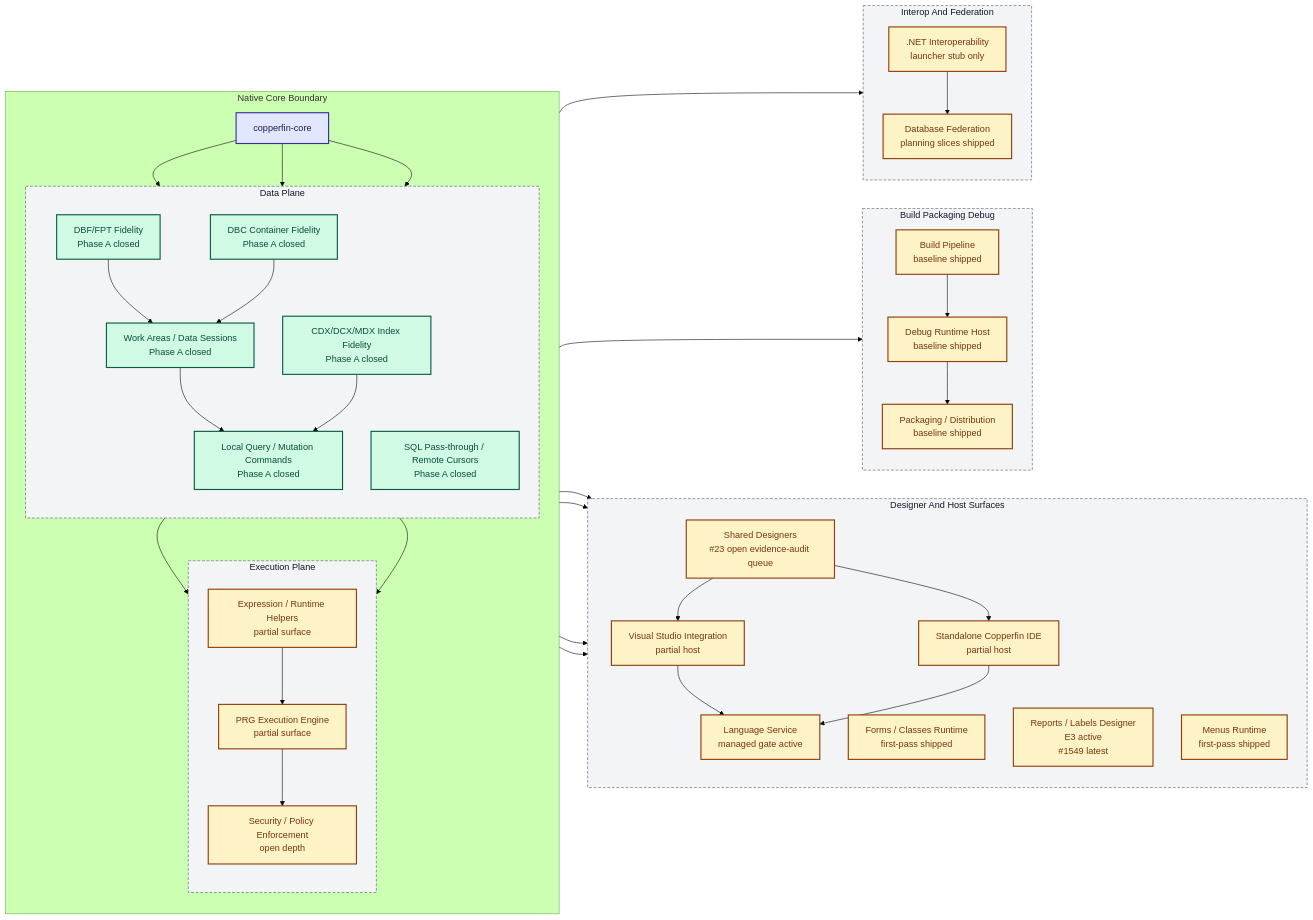
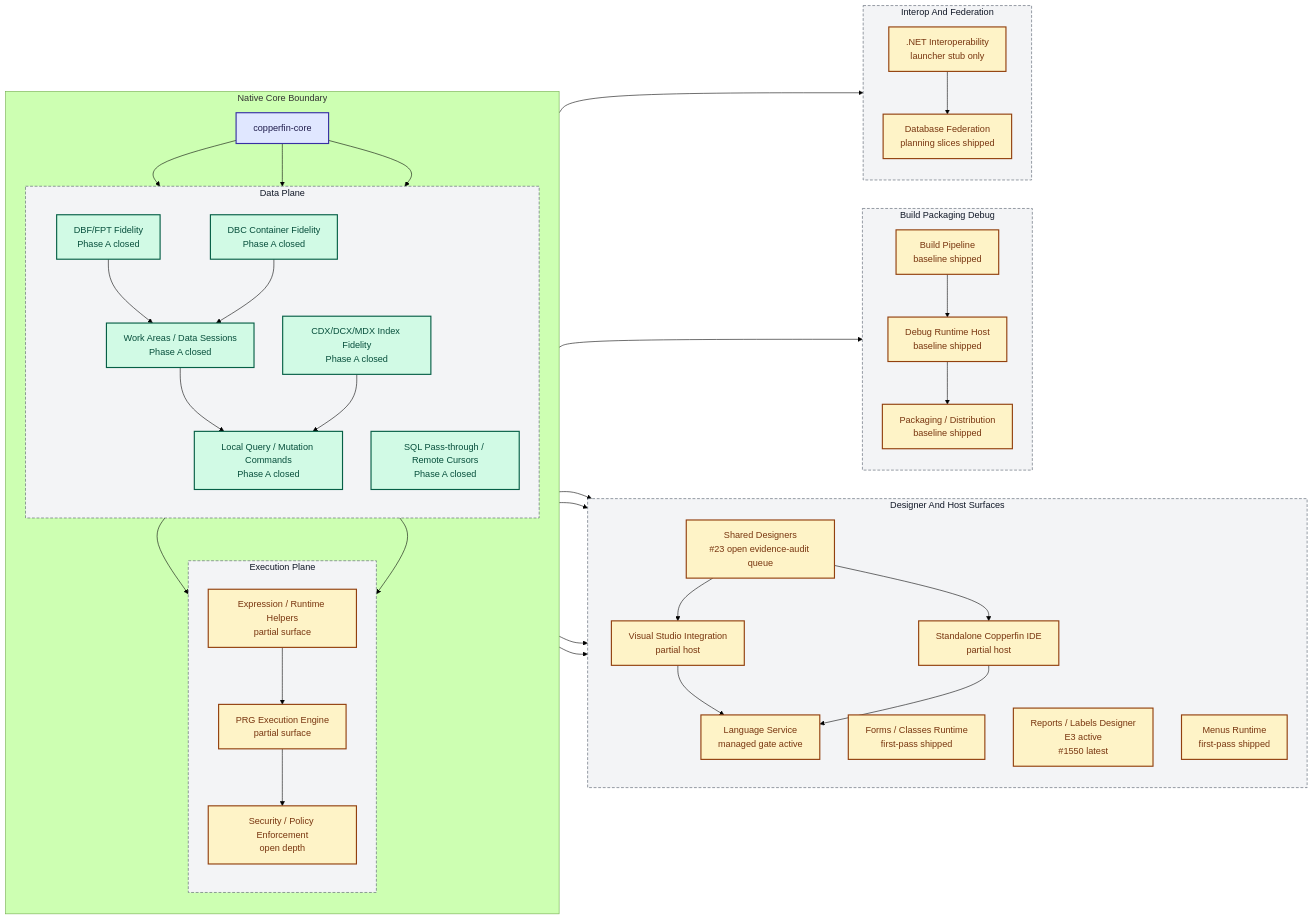
The diagram in docs/02-architecture.md (rhamenator/Project-Copperfin), drawn with Mermaid (forest theme) before and after one commit. The commit also changed 6 other files, not shown here.

```diff
--- a/docs/02-architecture.md
+++ b/docs/02-architecture.md
@@ -36,7 +36,7 @@
         direction TB
         DES["Shared Designers<br/>#23 open evidence-audit queue"]
         FORMS["Forms / Classes Runtime<br/>first-pass shipped"]
-        RPT["Reports / Labels Designer<br/>E3 active<br/>#1549 latest"]
+        RPT["Reports / Labels Designer<br/>E3 active<br/>#1550 latest"]
         MENU["Menus Runtime<br/>first-pass shipped"]
         VS["Visual Studio Integration<br/>partial host"]
         IDE["Standalone Copperfin IDE<br/>partial host"]
```
